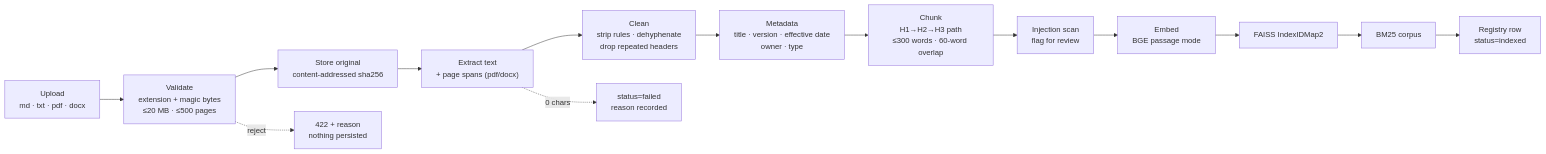
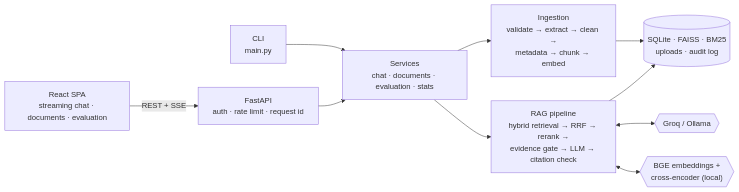
The diagram in README.md (rashmipubuditha/Intelligence-RAG-Service-Copilot), drawn with Mermaid before and after one commit. The commit also changed other lines of this file and 12 other files, not shown here.

````diff
--- a/README.md
+++ b/README.md
@@ -291,16 +66,12 @@
 ```mermaid
 flowchart LR
-  A["Upload<br/>md · txt · pdf · docx"] --> B["Validate<br/>extension + magic bytes<br/>≤20 MB · ≤500 pages"]
-  B --> C["Store original<br/>content-addressed sha256"]
-  C --> D["Extract text<br/>+ page spans (pdf/docx)"]
-  D --> E["Clean<br/>strip rules · dehyphenate<br/>drop repeated headers"]
-  E --> F["Metadata<br/>title · version · effective date<br/>owner · type"]
-  F --> G["Chunk<br/>H1→H2→H3 path<br/>≤300 words · 60-word overlap"]
-  G --> H["Injection scan<br/>flag for review"]
-  H --> I["Embed<br/>BGE passage mode"]
-  I --> J["FAISS IndexIDMap2"]
-  J --> K["BM25 corpus"]
-  K --> L["Registry row<br/>status=indexed"]
-  B -. "reject" .-> X["422 + reason<br/>nothing persisted"]
-  D -. "0 chars" .-> Y["status=failed<br/>reason recorded"]
+  UI["React SPA<br/>streaming chat · documents · evaluation"] -->|REST + SSE| API["FastAPI<br/>auth · rate limit · request id"]
+  CLI["CLI<br/>main.py"] --> SVC
+  API --> SVC["Services<br/>chat · documents · evaluation · stats"]
+  SVC --> ING["Ingestion<br/>validate → extract → clean →<br/>metadata → chunk → embed"]
+  SVC --> RAG["RAG pipeline<br/>hybrid retrieval → RRF → rerank →<br/>evidence gate → LLM → citation check"]
+  ING --> ST[("SQLite · FAISS · BM25<br/>uploads · audit log")]
+  RAG --> ST
+  RAG <--> LLM{{"Groq / Ollama"}}
+  RAG <--> EMB{{"BGE embeddings +<br/>cross-encoder (local)"}}
 ```
````
